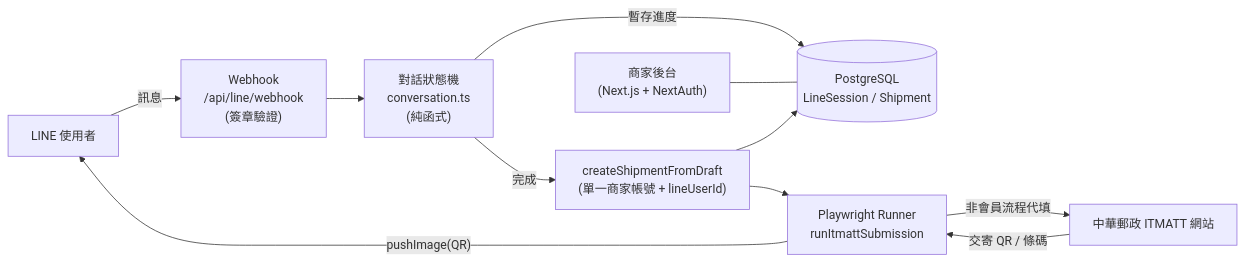
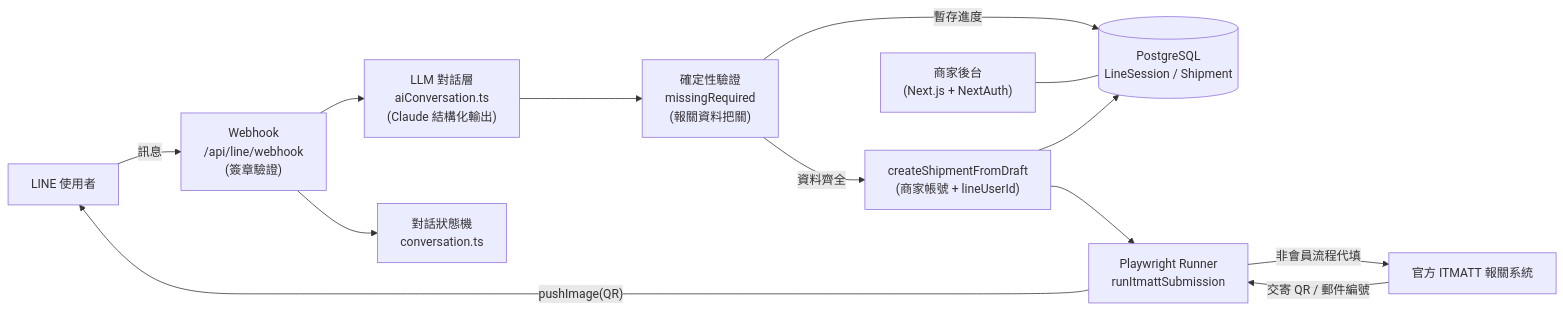
One commit to kebilly/ezpost-itmatt changed the diagram in README.md. Above: the diagram before and after it, drawn with Mermaid. The commit also changed other lines of this file and 2 other files, not shown here.

````diff
--- a/README.md
+++ b/README.md
@@ -34,13 +42,15 @@
 ```mermaid
 flowchart LR
     U["LINE 使用者"] -- "訊息" --> W["Webhook<br/>/api/line/webhook<br/>(簽章驗證)"]
-    W --> SM["對話狀態機<br/>conversation.ts<br/>(純函式)"]
-    SM -- "暫存進度" --> DB[("PostgreSQL<br/>LineSession / Shipment")]
-    SM -- "完成" --> CS["createShipmentFromDraft<br/>(單一商家帳號 + lineUserId)"]
+    W --> AI["LLM 對話層<br/>aiConversation.ts<br/>(Claude 結構化輸出)"]
+    AI --> GUARD["確定性驗證<br/>missingRequired<br/>(報關資料把關)"]
+    W --> SM["對話狀態機<br/>conversation.ts"]
+    GUARD -- "暫存進度" --> DB[("PostgreSQL<br/>LineSession / Shipment")]
+    GUARD -- "資料齊全" --> CS["createShipmentFromDraft<br/>(商家帳號 + lineUserId)"]
     CS --> DB
     CS --> RUN["Playwright Runner<br/>runItmattSubmission"]
-    RUN -- "非會員流程代填" --> ITMATT["中華郵政 ITMATT 網站"]
-    ITMATT -- "交寄 QR / 條碼" --> RUN
+    RUN -- "非會員流程代填" --> ITMATT["官方 ITMATT 報關系統"]
+    ITMATT -- "交寄 QR / 郵件編號" --> RUN
     RUN -- "pushImage(QR)" --> U
     ADMIN["商家後台<br/>(Next.js + NextAuth)"] --- DB
 ```
````
